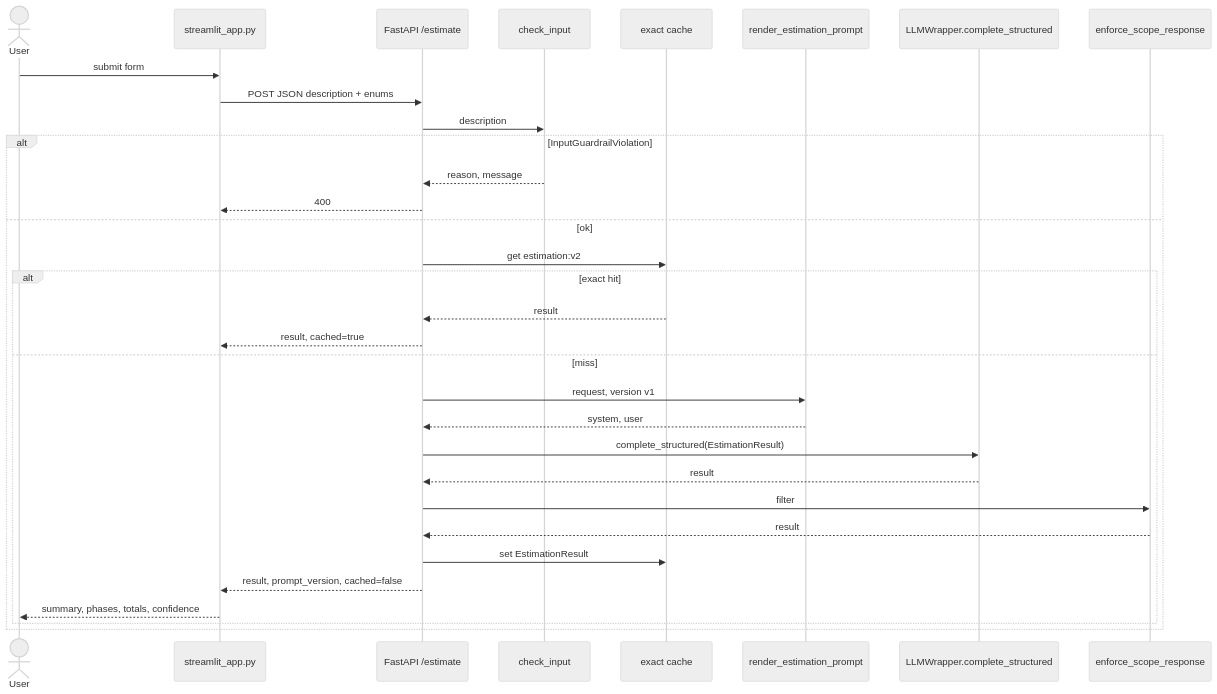
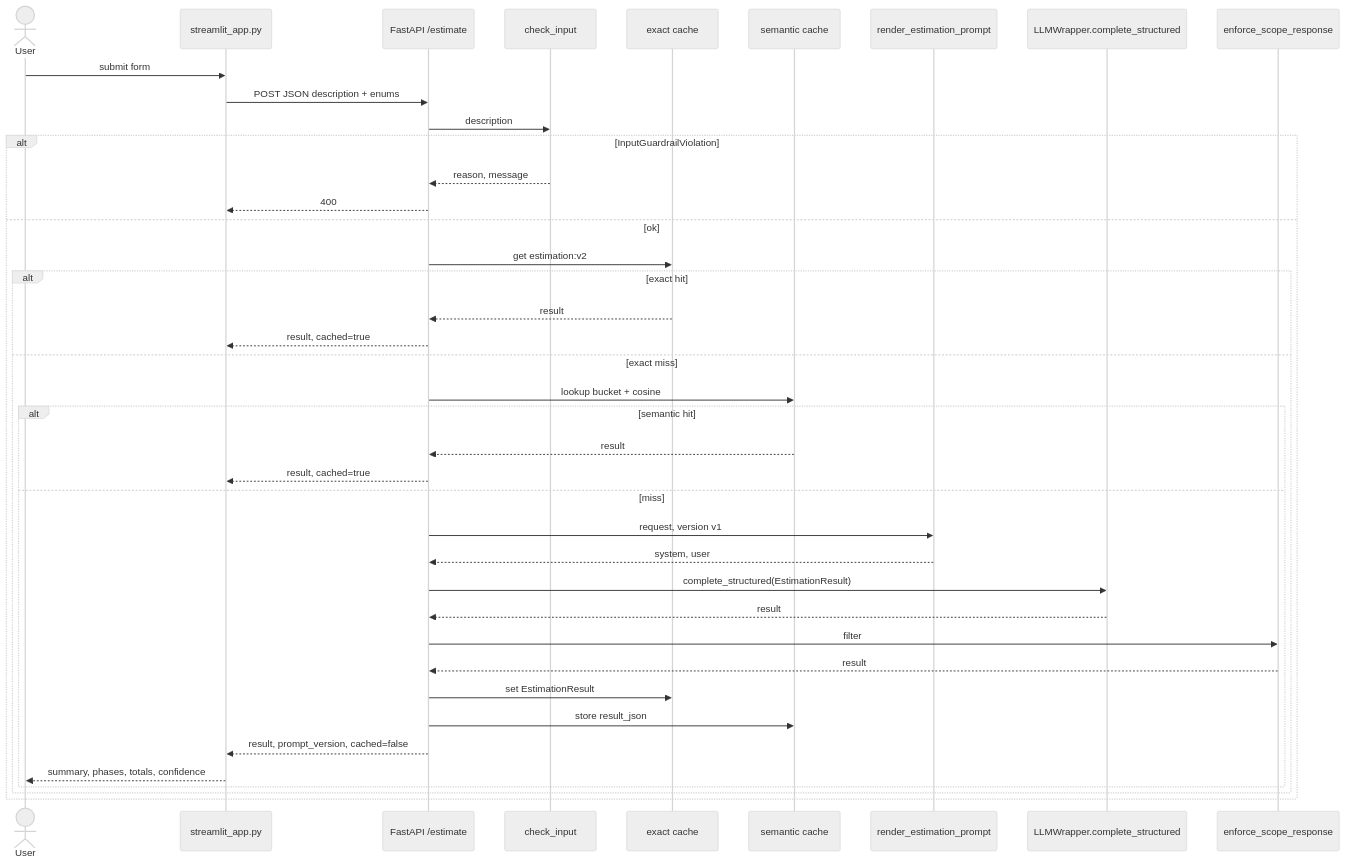
One commit to morales4dev/ai-engineering changed the diagram in estimador-cag/README.md. Above: the diagram before and after it, drawn with Mermaid (neutral theme). The commit also changed other lines of this file and 9 other files, not shown here.

Commit message:
Add Semantic cache so near-duplicate descriptions can reuse a filtered result.

````diff
--- a/estimador-cag/README.md
+++ b/estimador-cag/README.md
@@ -74,35 +74,43 @@
 ```mermaid
 sequenceDiagram
     actor User
     participant UI as streamlit_app.py
     participant API as FastAPI /estimate
     participant In as check_input
     participant Exact as exact cache
+    participant Sem as semantic cache
     participant Loader as render_estimation_prompt
     participant W as LLMWrapper.complete_structured
     participant Out as enforce_scope_response
 
     User->>UI: submit form
     UI->>API: POST JSON description + enums
     API->>In: description
     alt InputGuardrailViolation
         In-->>API: reason, message
         API-->>UI: 400
     else ok
         API->>Exact: get estimation:v2
         alt exact hit
             Exact-->>API: result
             API-->>UI: result, cached=true
-        else miss
-            API->>Loader: request, version v1
-            Loader-->>API: system, user
-            API->>W: complete_structured(EstimationResult)
-            W-->>API: result
-            API->>Out: filter
-            Out-->>API: result
-            API->>Exact: set EstimationResult
-            API-->>UI: result, prompt_version, cached=false
-            UI-->>User: summary, phases, totals, confidence
+        else exact miss
+            API->>Sem: lookup bucket + cosine
+            alt semantic hit
+                Sem-->>API: result
+                API-->>UI: result, cached=true
+            else miss
+                API->>Loader: request, version v1
+                Loader-->>API: system, user
+                API->>W: complete_structured(EstimationResult)
+                W-->>API: result
+                API->>Out: filter
+                Out-->>API: result
+                API->>Exact: set EstimationResult
+                API->>Sem: store result_json
+                API-->>UI: result, prompt_version, cached=false
+                UI-->>User: summary, phases, totals, confidence
+            end
         end
     end
 ```
````
